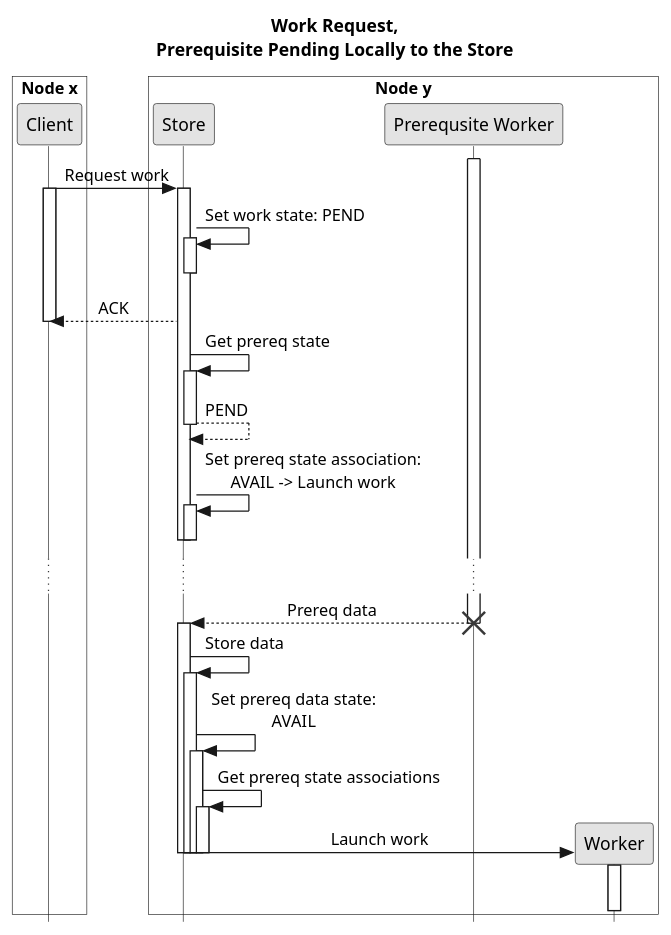
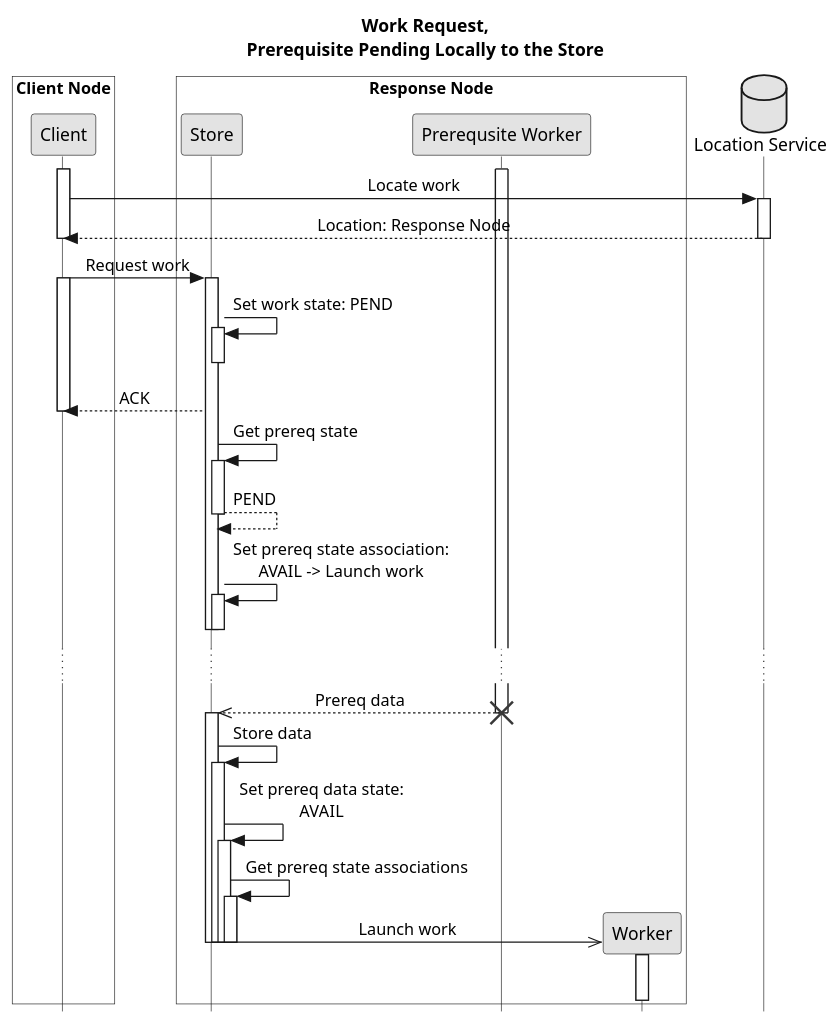
Before and after one commit to jcai849/jcai849.github.io: the diagram in research/comm-lp.puml, drawn with PlantUML. The commit also changed 14 other files, not shown here.

```diff
--- a/research/comm-lp.puml
+++ b/research/comm-lp.puml
@@ -1,42 +1,49 @@
 @startuml
 skinparam monochrome true
 skinparam shadowing false
 skinparam style strictuml
 skinparam LifelineStrategy nosolid
 skinparam sequenceMessageAlign center
 title Work Request,\nPrerequisite Pending Locally to the Store
 
-box "Node x" #ffffff
+
+box "Client Node" #ffffff
 participant Client as client
 end box
-box "Node y" #ffffff
+box "Response Node" #ffffff
 participant Store as store
 participant "Prerequsite Worker" as pworker
 participant Worker as worker
 end box
+database "Location Service" as ls
 
 activate pworker
+activate client
+client -> ls: Locate work
+activate ls
+return Location: Response Node
+deactivate client
 client -> store ++: Request work
 activate client
 store -> store ++--: Set work state: PEND
 store --> client: ACK
 deactivate client
 store -> store ++: Get prereq state
 return PEND
 store -> store ++--: Set prereq state association:\nAVAIL -> Launch work
 deactivate store
 ...
-pworker --> store: Prereq data
+pworker -->> store: Prereq data
 destroy pworker
 activate store
 store -> store ++: Store data
 store -> store ++: Set prereq data state:\nAVAIL
 store -> store ++: Get prereq state associations
-store -> worker **: Launch work
+store ->> worker **: Launch work
 deactivate store
 deactivate store
 deactivate store
 deactivate store
 activate worker
 |||
 @enduml
```
